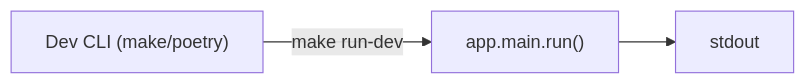
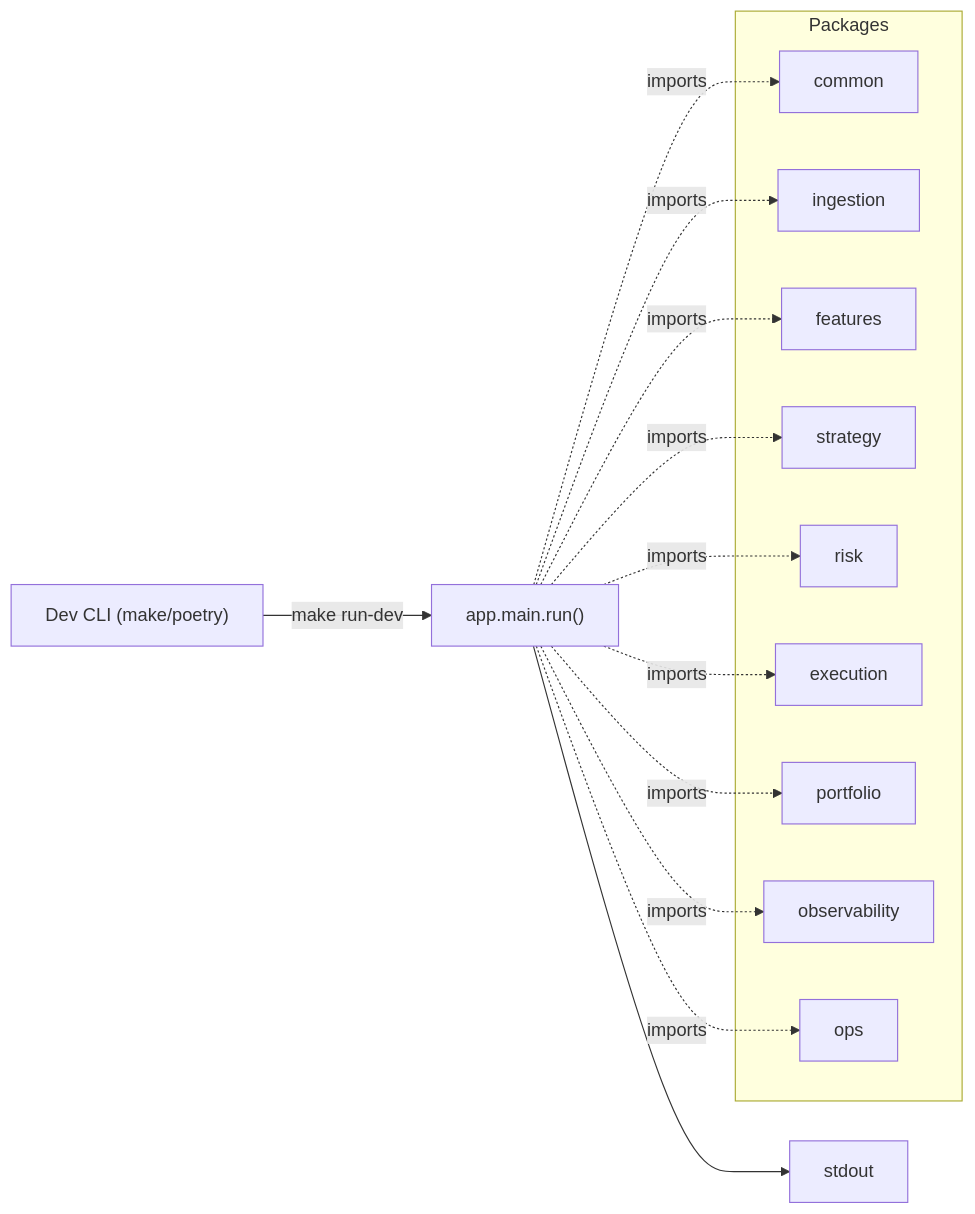
Before and after one commit to oscarlgarcia/MyTraderSystem: the diagram in docs/architecture.md, drawn with Mermaid. The commit also changed 13 other files, not shown here.

````diff
--- a/docs/architecture.md
+++ b/docs/architecture.md
@@ -3,8 +3,30 @@
 ```mermaid
 flowchart LR
   Dev["Dev CLI (make/poetry)"]
   Main["app.main.run()"]
   Stdout["stdout"]
 
   Dev -->|"make run-dev"| Main --> Stdout
+
+subgraph Packages
+  common
+  ingestion
+  features
+  strategy
+  risk
+  execution
+  portfolio
+  observability
+  ops
+end
+
+Main -. imports .-> common
+Main -. imports .-> ingestion
+Main -. imports .-> features
+Main -. imports .-> strategy
+Main -. imports .-> risk
+Main -. imports .-> execution
+Main -. imports .-> portfolio
+Main -. imports .-> observability
+Main -. imports .-> ops
 ```
````
